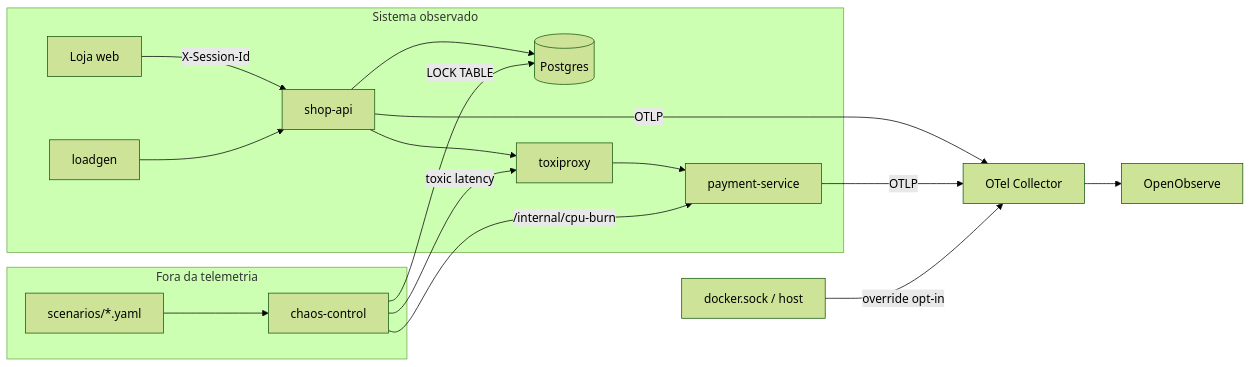
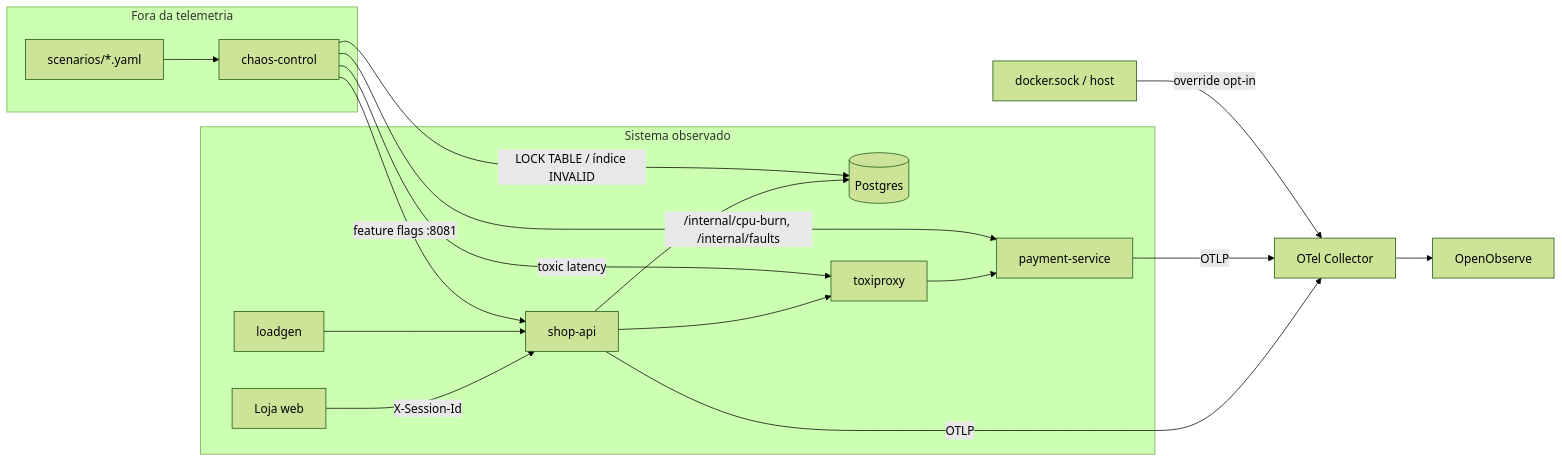
The diagram in demo_app/README.md (Dyonnatan/TracePilot), drawn with Mermaid (forest theme) before and after one commit. The commit also changed other lines of this file and 2 other files, not shown here.

````diff
--- a/demo_app/README.md
+++ b/demo_app/README.md
@@ -10,20 +10,21 @@
 ```mermaid
 flowchart LR
     subgraph observed [Sistema observado]
         Browser["Loja web"] -->|"X-Session-Id"| Shop[shop-api]
         Loadgen[loadgen] --> Shop
         Shop --> Pg[(Postgres)]
         Shop --> Toxi[toxiproxy]
         Toxi --> Pay[payment-service]
     end
     subgraph control [Fora da telemetria]
         Chaos[chaos-control] -->|"toxic latency"| Toxi
-        Chaos -->|"LOCK TABLE"| Pg
-        Chaos -->|"/internal/cpu-burn"| Pay
+        Chaos -->|"LOCK TABLE / índice INVALID"| Pg
+        Chaos -->|"/internal/cpu-burn, /internal/faults"| Pay
+        Chaos -->|"feature flags :8081"| Shop
         Yaml["scenarios/*.yaml"] --> Chaos
     end
     Shop -->|OTLP| Collector[OTel Collector]
     Pay -->|OTLP| Collector
     Host["docker.sock / host"] -->|"override opt-in"| Collector
     Collector --> OO[OpenObserve]
 ```
````
